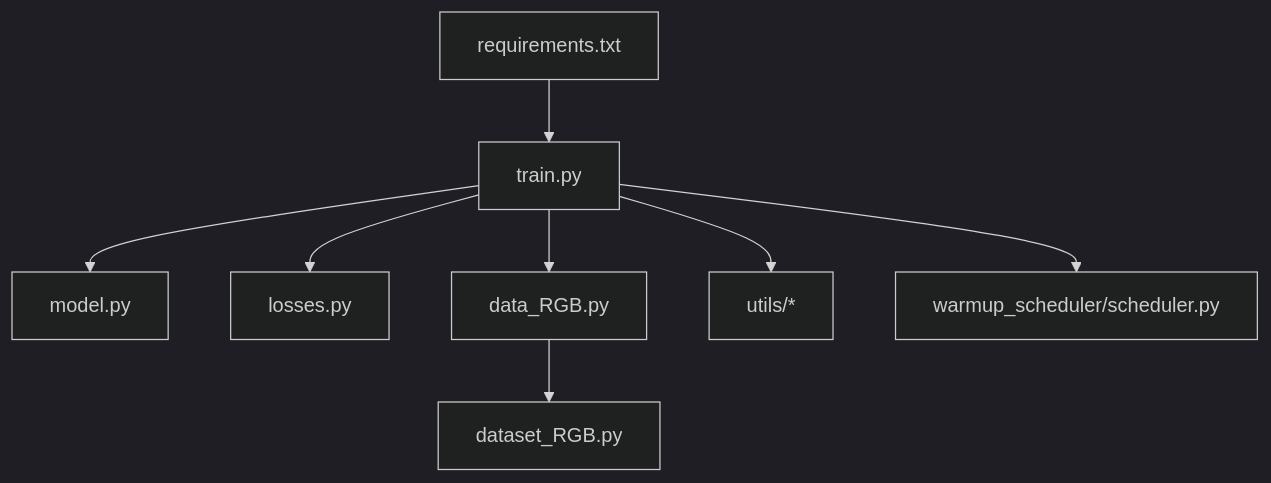
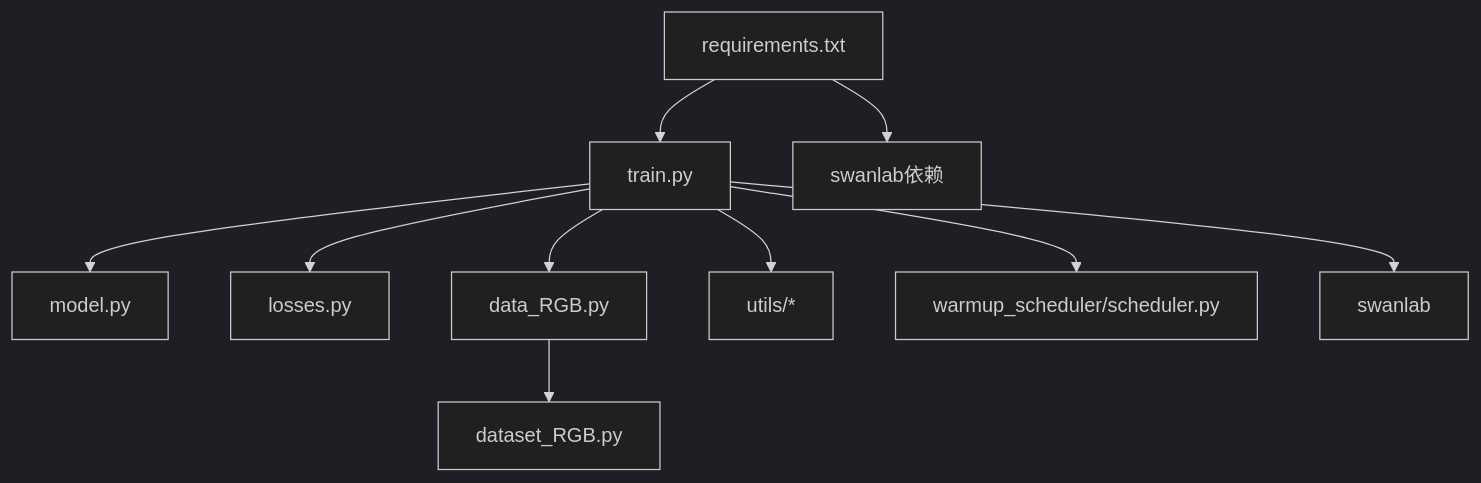
One commit to MSan333/NeRD-Rain-main changed the sixth of 6 diagrams in .qoder/repowiki/zh/content/训练框架/训练框架.md. Above: the diagram before and after it, drawn with Mermaid (dark theme). The commit also changed other lines of this file and 8 other files, not shown here.

````diff
--- a/.qoder/repowiki/zh/content/训练框架/训练框架.md
+++ b/.qoder/repowiki/zh/content/训练框架/训练框架.md
@@ -269,10 +315,12 @@
 ```mermaid
 graph TB
 T["train.py"] --> M["model.py"]
 T --> L["losses.py"]
 T --> D["data_RGB.py"]
 D --> DS["dataset_RGB.py"]
 T --> U["utils/*"]
 T --> S["warmup_scheduler/scheduler.py"]
+T --> SL["swanlab"]
 R["requirements.txt"] --> T
+R --> SW["swanlab依赖"]
 ```
````
